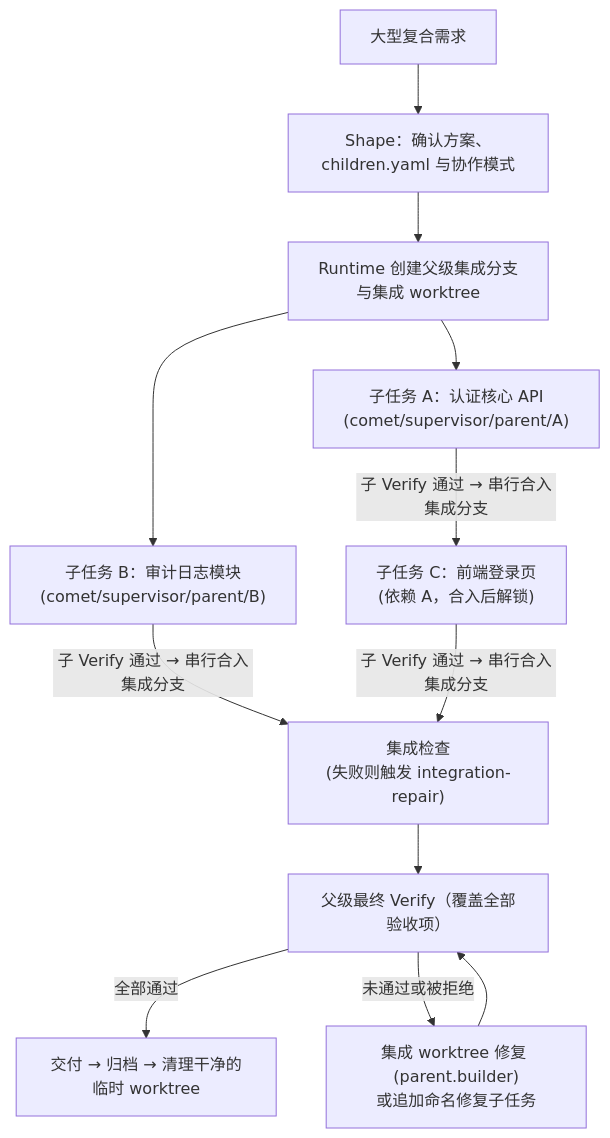
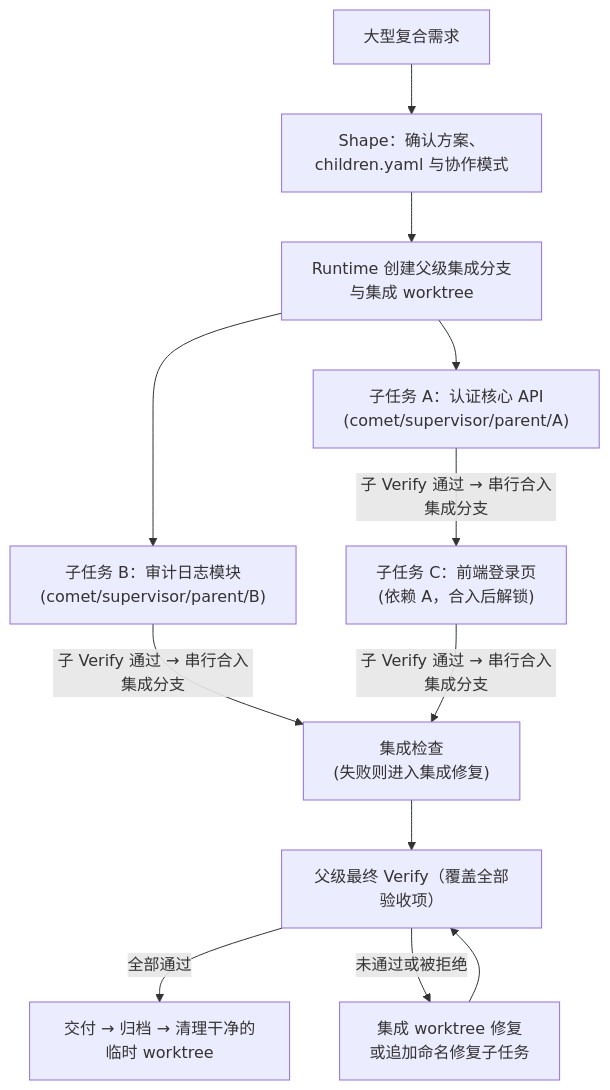
One commit to rpamis/comet-website-docs changed the diagram in zh/native/supervisor-change.mdx. Above: the diagram before and after it, drawn with Mermaid. The commit also changed other lines of this file and 88 other files, not shown here.

````diff
--- a/zh/native/supervisor-change.mdx
+++ b/zh/native/supervisor-change.mdx
@@ -17,14 +17,14 @@
 ```mermaid
 flowchart TD
   M["大型复合需求"] --> S["Shape：确认方案、children.yaml 与协作模式"]
   S --> P["Runtime 创建父级集成分支与集成 worktree"]
   P --> C1["子任务 A：认证核心 API<br/>(comet/supervisor/parent/A)"]
   P --> C2["子任务 B：审计日志模块<br/>(comet/supervisor/parent/B)"]
   C1 -->|"子 Verify 通过 → 串行合入集成分支"| C3["子任务 C：前端登录页<br/>(依赖 A，合入后解锁)"]
-  C2 -->|"子 Verify 通过 → 串行合入集成分支"| I["集成检查<br/>(失败则触发 integration-repair)"]
+  C2 -->|"子 Verify 通过 → 串行合入集成分支"| I["集成检查<br/>(失败则进入集成修复)"]
   C3 -->|"子 Verify 通过 → 串行合入集成分支"| I
   I --> V["父级最终 Verify（覆盖全部验收项）"]
   V -->|"全部通过"| D["交付 → 归档 → 清理干净的临时 worktree"]
-  V -->|"未通过或被拒绝"| F["集成 worktree 修复 (parent.builder)<br/>或追加命名修复子任务"]
+  V -->|"未通过或被拒绝"| F["集成 worktree 修复<br/>或追加命名修复子任务"]
   F --> V
 ```
````
